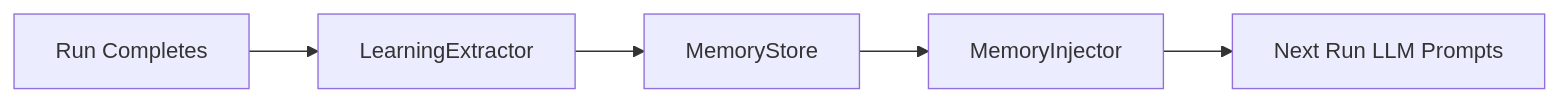
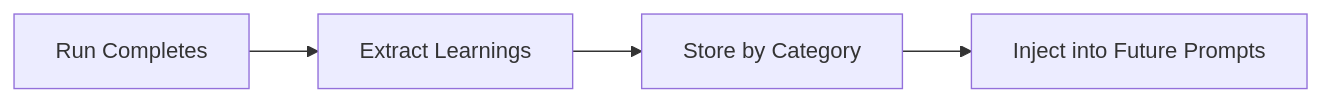
One commit to cdot65/daystrom changed the diagram in docs/features/memory-system.md. Above: the diagram before and after it, drawn with Mermaid. The commit also changed other lines of this file and 26 other files, not shown here.

````diff
--- a/docs/features/memory-system.md
+++ b/docs/features/memory-system.md
@@ -5,7 +5,6 @@
 ```mermaid
 graph LR
-    A[Run Completes] --> B[LearningExtractor]
-    B --> C[MemoryStore]
-    C --> D[MemoryInjector]
-    D --> E[Next Run LLM Prompts]
+    A[Run Completes] --> B[Extract Learnings]
+    B --> C[Store by Category]
+    C --> D[Inject into Future Prompts]
 ```
````
